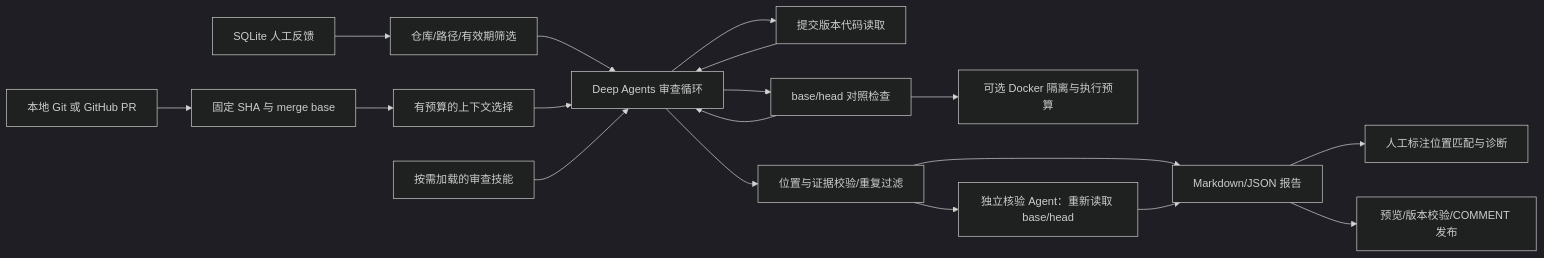
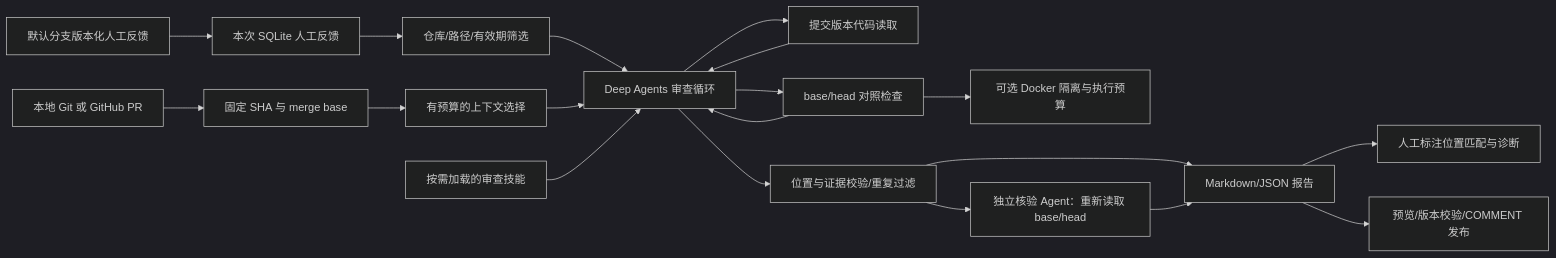
Before and after one commit to Bin-poco/pr-review-harness: the diagram in docs/PROJECT.md, drawn with Mermaid (dark theme). The commit also changed other lines of this file and 12 other files, not shown here.

````diff
--- a/docs/PROJECT.md
+++ b/docs/PROJECT.md
@@ -11,20 +11,21 @@
 ```mermaid
 flowchart LR
     A[本地 Git 或 GitHub PR] --> B[固定 SHA 与 merge base]
     B --> C[有预算的上下文选择]
-    M[SQLite 人工反馈] --> N[仓库/路径/有效期筛选]
+    U[默认分支版本化人工反馈] --> M[本次 SQLite 人工反馈]
+    M --> N[仓库/路径/有效期筛选]
     N --> D[Deep Agents 审查循环]
     C --> D
     S[按需加载的审查技能] --> D
     D --> E[提交版本代码读取]
     D --> F[base/head 对照检查]
     E --> D
     F --> D
     F --> X[可选 Docker 隔离与执行预算]
     D --> G[位置与证据校验/重复过滤]
     G --> V[独立核验 Agent：重新读取 base/head]
     G --> H[Markdown/JSON 报告]
     V --> H
     H --> Q[人工标注位置匹配与诊断]
     H --> P[预览/版本校验/COMMENT 发布]
 ```
````
